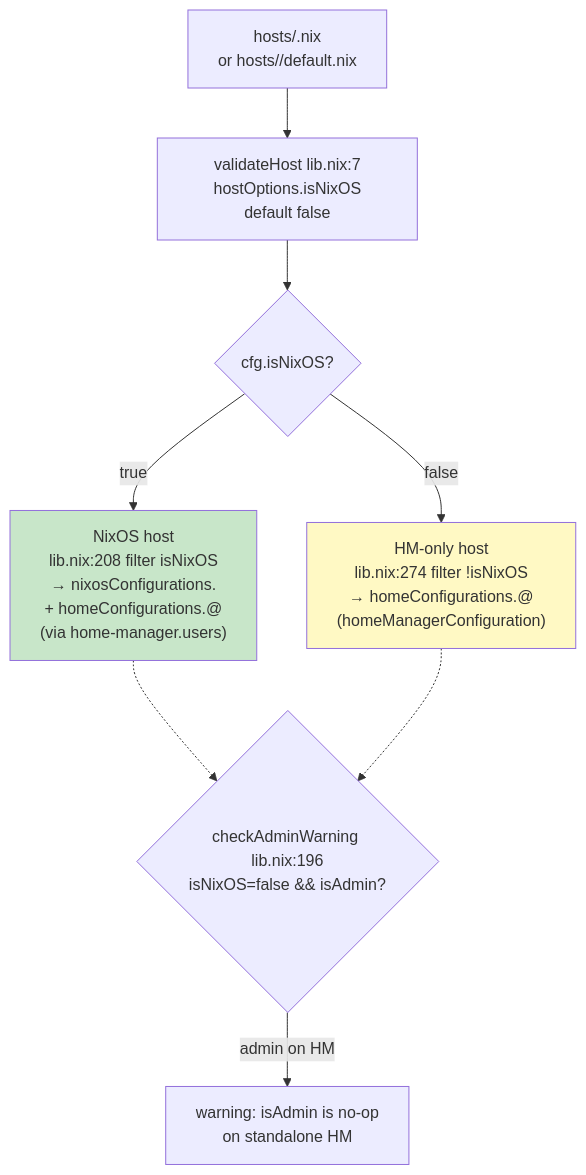
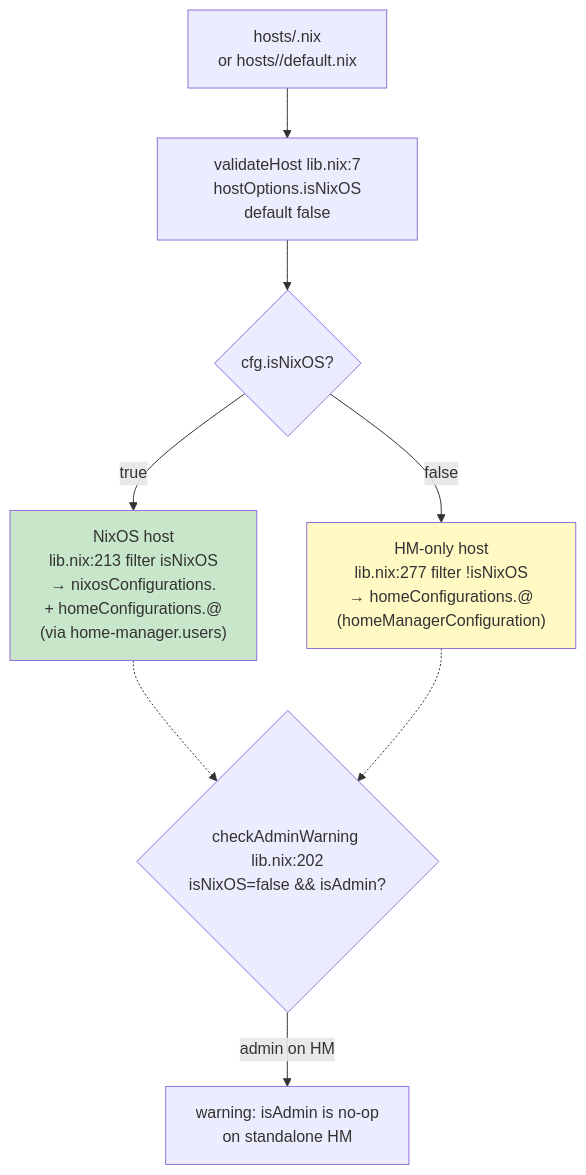
The third of 7 diagrams in DESIGN.md (WombatFromHell/automatic-palm-tree), drawn with Mermaid before and after one commit. The commit also changed other lines of this file and 9 other files, not shown here.

````diff
--- a/DESIGN.md
+++ b/DESIGN.md
@@ -107,14 +107,14 @@
 ```mermaid
 flowchart TD
     f["hosts/<name>.nix\nor hosts/<name>/default.nix"] --> v["validateHost lib.nix:7\n hostOptions.isNixOS default false"]
     v --> q{"cfg.isNixOS?"}
-    q -->|true| N["NixOS host\nlib.nix:208 filter isNixOS\n→ nixosConfigurations.<name>\n+ homeConfigurations.<user>@<name>\n(via home-manager.users)"]
-    q -->|false| H["HM-only host\nlib.nix:274 filter !isNixOS\n→ homeConfigurations.<user>@<name>\n(homeManagerConfiguration)"]
+    q -->|true| N["NixOS host\nlib.nix:213 filter isNixOS\n→ nixosConfigurations.<name>\n+ homeConfigurations.<user>@<name>\n(via home-manager.users)"]
+    q -->|false| H["HM-only host\nlib.nix:277 filter !isNixOS\n→ homeConfigurations.<user>@<name>\n(homeManagerConfiguration)"]
 
-    N -.-> warnCheck{"checkAdminWarning lib.nix:196\nisNixOS=false && isAdmin?"}
+    N -.-> warnCheck{"checkAdminWarning lib.nix:202\nisNixOS=false && isAdmin?"}
     H -.-> warnCheck
     warnCheck -->|admin on HM| warn["warning: isAdmin is no-op\non standalone HM"]
 
     style N fill:#c8e6c9
     style H fill:#fff9c4
 ```
````
